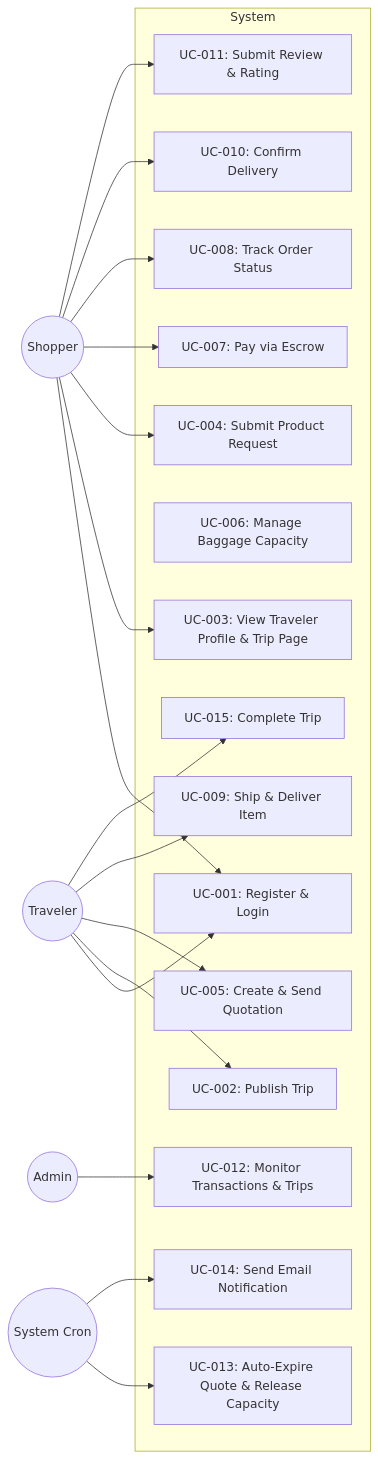
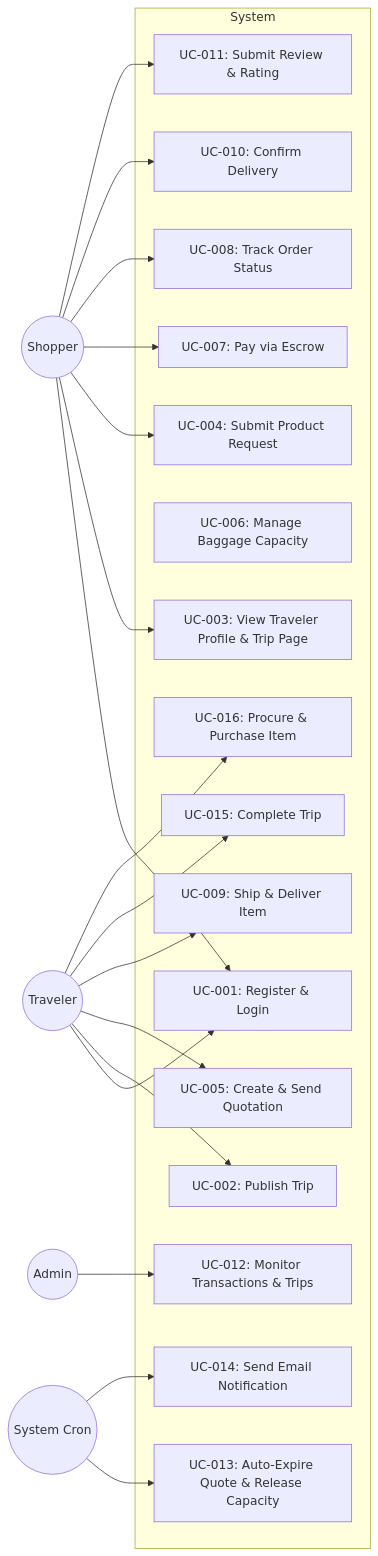
Before and after one commit to JUNCASUNDRA/mytrip-mytitipan: the diagram in docs/02-product/use-cases/README.md, drawn with Mermaid. The commit also changed other lines of this file and 27 other files, not shown here.

````diff
--- a/docs/02-product/use-cases/README.md
+++ b/docs/02-product/use-cases/README.md
@@ -11,39 +13,41 @@
 ```mermaid
 graph LR
     subgraph System
         UC001[UC-001: Register & Login]
         UC002[UC-002: Publish Trip]
         UC003[UC-003: View Traveler Profile & Trip Page]
         UC004[UC-004: Submit Product Request]
         UC005[UC-005: Create & Send Quotation]
         UC006[UC-006: Manage Baggage Capacity]
         UC007[UC-007: Pay via Escrow]
         UC008[UC-008: Track Order Status]
         UC009[UC-009: Ship & Deliver Item]
         UC010[UC-010: Confirm Delivery]
         UC011[UC-011: Submit Review & Rating]
         UC012[UC-012: Monitor Transactions & Trips]
         UC013[UC-013: Auto-Expire Quote & Release Capacity]
         UC014[UC-014: Send Email Notification]
         UC015[UC-015: Complete Trip]
+        UC016[UC-016: Procure & Purchase Item]
     end
 
     Traveler((Traveler)) --> UC001
     Traveler --> UC002
     Traveler --> UC005
     Traveler --> UC009
     Traveler --> UC015
+    Traveler --> UC016
 
     Shopper((Shopper)) --> UC001
     Shopper --> UC003
     Shopper --> UC004
     Shopper --> UC007
     Shopper --> UC008
     Shopper --> UC010
     Shopper --> UC011
 
     Admin((Admin)) --> UC012
 
     SystemCron((System Cron)) --> UC013
     SystemCron --> UC014
 ```
````
